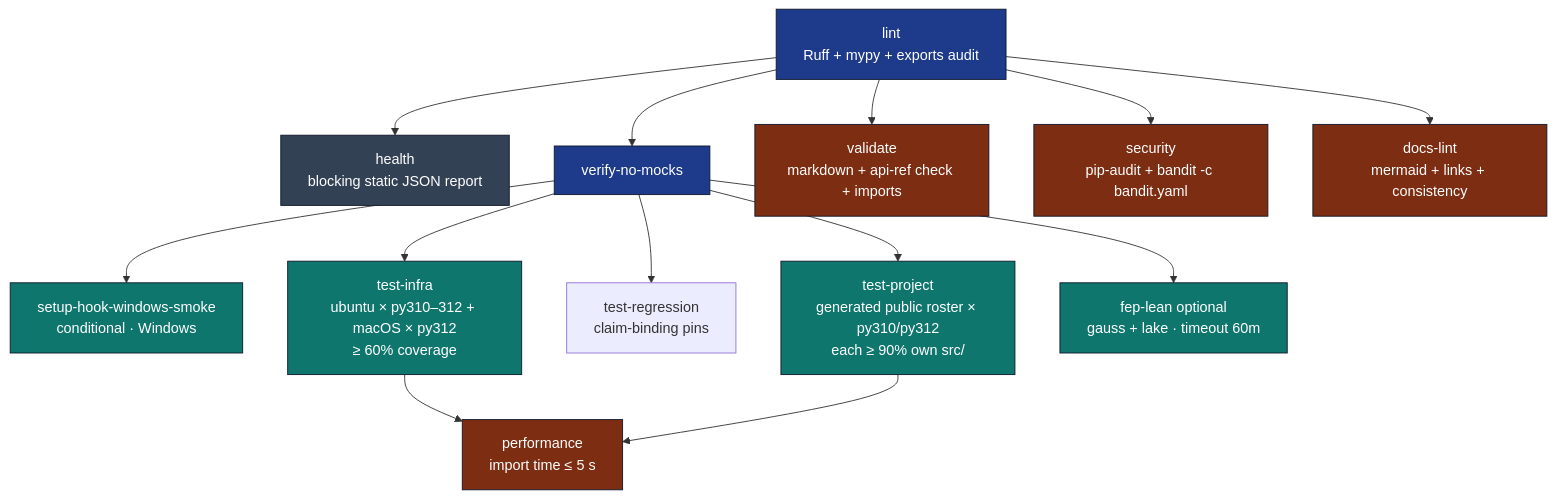
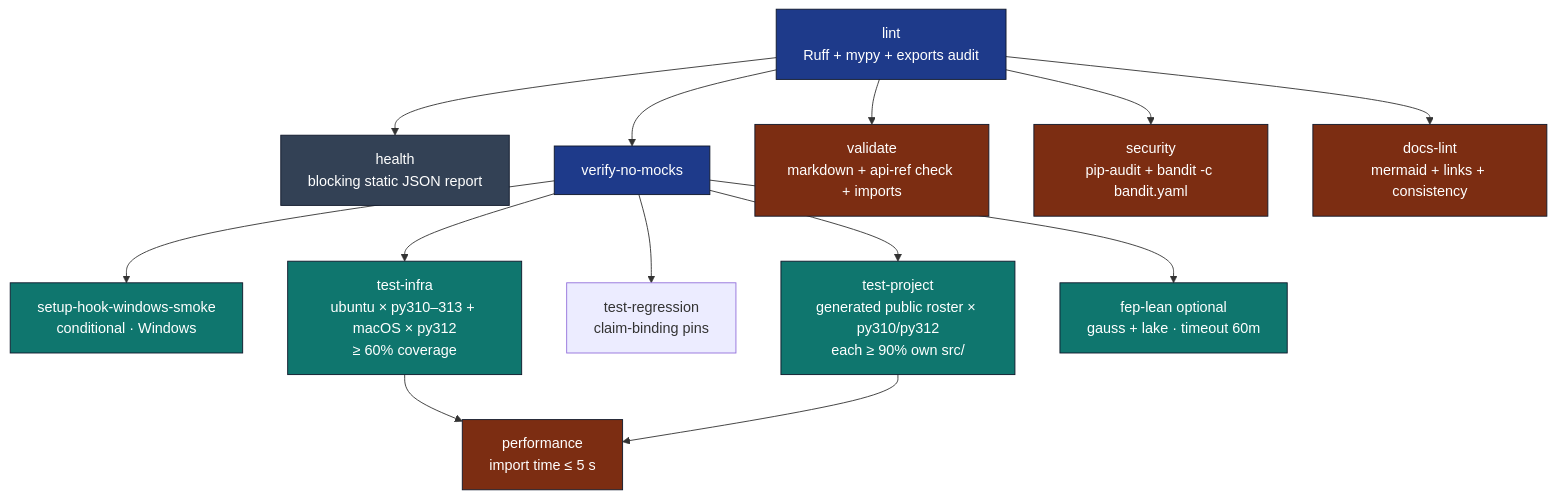
Before and after one commit to docxology/template: the diagram in .github/workflows/README.md, drawn with Mermaid. The commit also changed other lines of this file and 4 other files, not shown here.

First line of the commit message:
docs(github): fix stale counts, Node version, verify-no-mocks dependency, mermaid accuracy

````diff
--- a/.github/workflows/README.md
+++ b/.github/workflows/README.md
@@ -22,24 +22,24 @@
 ```mermaid
 flowchart TB
     LINT[lint<br/>Ruff + mypy + exports audit] --> HEALTH[health<br/>blocking static JSON report]
     LINT --> VNM[verify-no-mocks]
     LINT --> VAL[validate<br/>markdown + api-ref check + imports]
     LINT --> SEC[security<br/>pip-audit + bandit -c bandit.yaml]
     LINT --> DL[docs-lint<br/>mermaid + links + consistency]
     VNM --> SHW[setup-hook-windows-smoke<br/>conditional · Windows]
-    VNM --> TI[test-infra<br/>ubuntu × py310–312 + macOS × py312<br/>≥ 60% coverage]
+    VNM --> TI[test-infra<br/>ubuntu × py310–313 + macOS × py312<br/>≥ 60% coverage]
     VNM --> TR[test-regression<br/>claim-binding pins]
     VNM --> TP[test-project<br/>generated public roster × py310/py312<br/>each ≥ 90% own src/]
     VNM --> FL[fep-lean optional<br/>gauss + lake · timeout 60m]
     TI --> PERF[performance<br/>import time ≤ 5 s]
     TP --> PERF
 
     classDef gate fill:#1e3a8a,stroke:#0f172a,color:#fff
     classDef matrix fill:#0f766e,stroke:#0f172a,color:#fff
     classDef terminal fill:#7c2d12,stroke:#0f172a,color:#fff
     classDef info fill:#334155,stroke:#0f172a,color:#fff
     class LINT,VNM gate
     class TI,TP,FL,SHW matrix
     class VAL,SEC,DL,PERF terminal
     class HEALTH info
 ```
````
